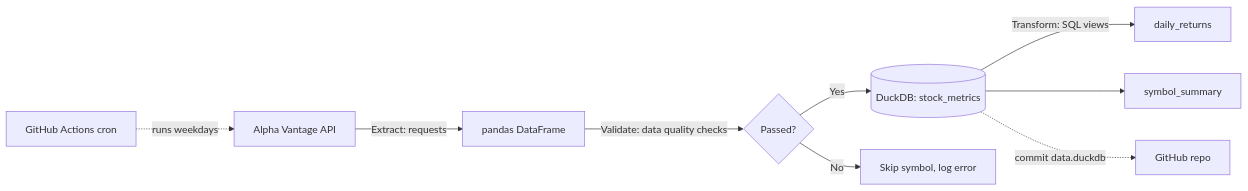
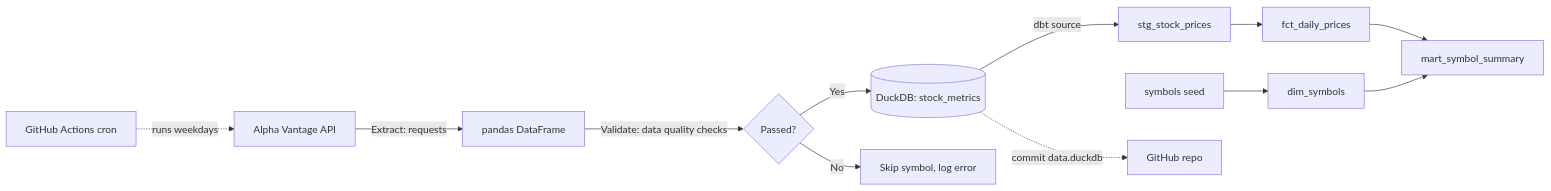
Before and after one commit to kcbailey111/Stock-Market-ELT-Pipeline: the diagram in README.md, drawn with Mermaid. The commit also changed other lines of this file and 22 other files, not shown here.

````diff
--- a/README.md
+++ b/README.md
@@ -7,11 +7,14 @@
 ```mermaid
 flowchart LR
     A[Alpha Vantage API] -->|Extract: requests| B[pandas DataFrame]
     B -->|Validate: data quality checks| C{Passed?}
     C -->|Yes| D[(DuckDB: stock_metrics)]
     C -->|No| E[Skip symbol, log error]
-    D -->|Transform: SQL views| F[daily_returns]
-    D --> G[symbol_summary]
+    D -->|dbt source| S[stg_stock_prices]
+    SEED[symbols seed] --> DIM[dim_symbols]
+    S --> F[fct_daily_prices]
+    F --> G[mart_symbol_summary]
+    DIM --> G
     H[GitHub Actions cron] -.->|runs weekdays| A
     D -.->|commit data.duckdb| I[GitHub repo]
 ```
````
